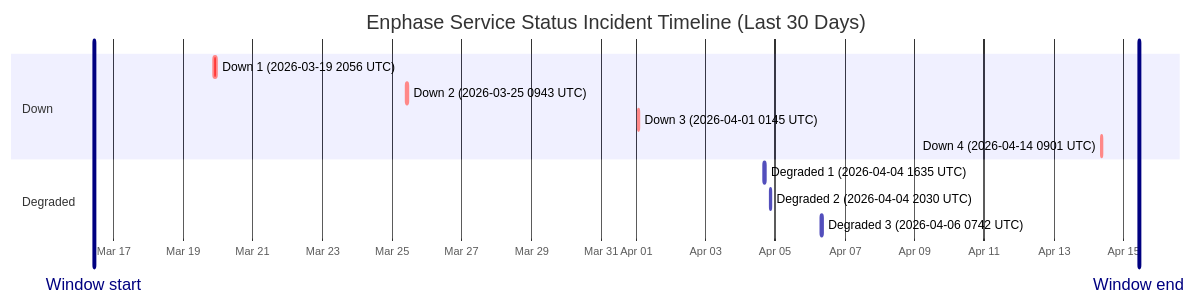
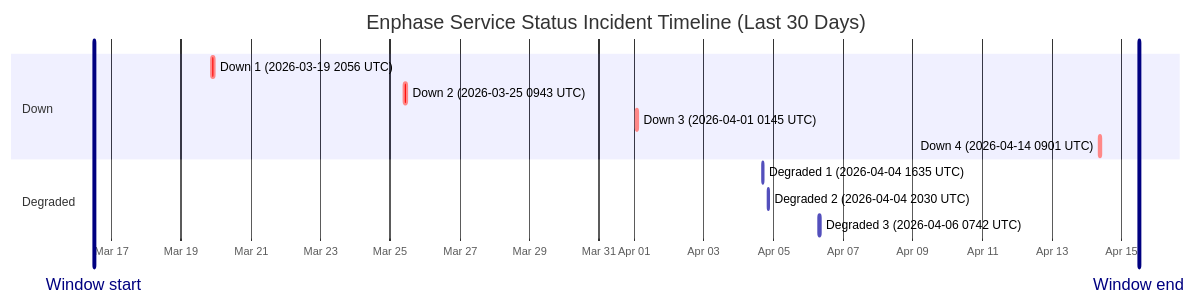
One commit to barneyonline/ha-enphase-ev-charger changed the diagram in wiki/Service-Status-History.md. Above: the diagram before and after it, drawn with Mermaid. The commit also changed other lines of this file and 3 other files, not shown here.

````diff
--- a/wiki/Service-Status-History.md
+++ b/wiki/Service-Status-History.md
@@ -14,17 +14,17 @@
 ```mermaid
 gantt
     title Enphase Service Status Incident Timeline (Last 30 Days)
     dateFormat  YYYY-MM-DDTHH:mm:ss
     axisFormat  %b %d
-    Window start :vert, window-start, 2026-03-16T10:42:02, 0ms
-    Window end :vert, window-end, 2026-04-15T10:42:02, 0ms
+    Window start :vert, window-start, 2026-03-16T11:55:36, 0ms
+    Window end :vert, window-end, 2026-04-15T11:55:36, 0ms
     section Down
     Down 1 (2026-03-19 2056 UTC) :crit, down-1, 2026-03-19T20:56:20, 145m
     Down 2 (2026-03-25 0943 UTC) :crit, down-2, 2026-03-25T09:43:28, 111m
     Down 3 (2026-04-01 0145 UTC) :crit, down-3, 2026-04-01T01:45:09, 60m
     Down 4 (2026-04-14 0901 UTC) :crit, down-4, 2026-04-14T09:01:13, 60m
     section Degraded
     Degraded 1 (2026-04-04 1635 UTC) :active, degraded-1, 2026-04-04T16:35:17, 60m
     Degraded 2 (2026-04-04 2030 UTC) :active, degraded-2, 2026-04-04T20:30:40, 60m
     Degraded 3 (2026-04-06 0742 UTC) :active, degraded-3, 2026-04-06T07:42:09, 85m
 ```
````
